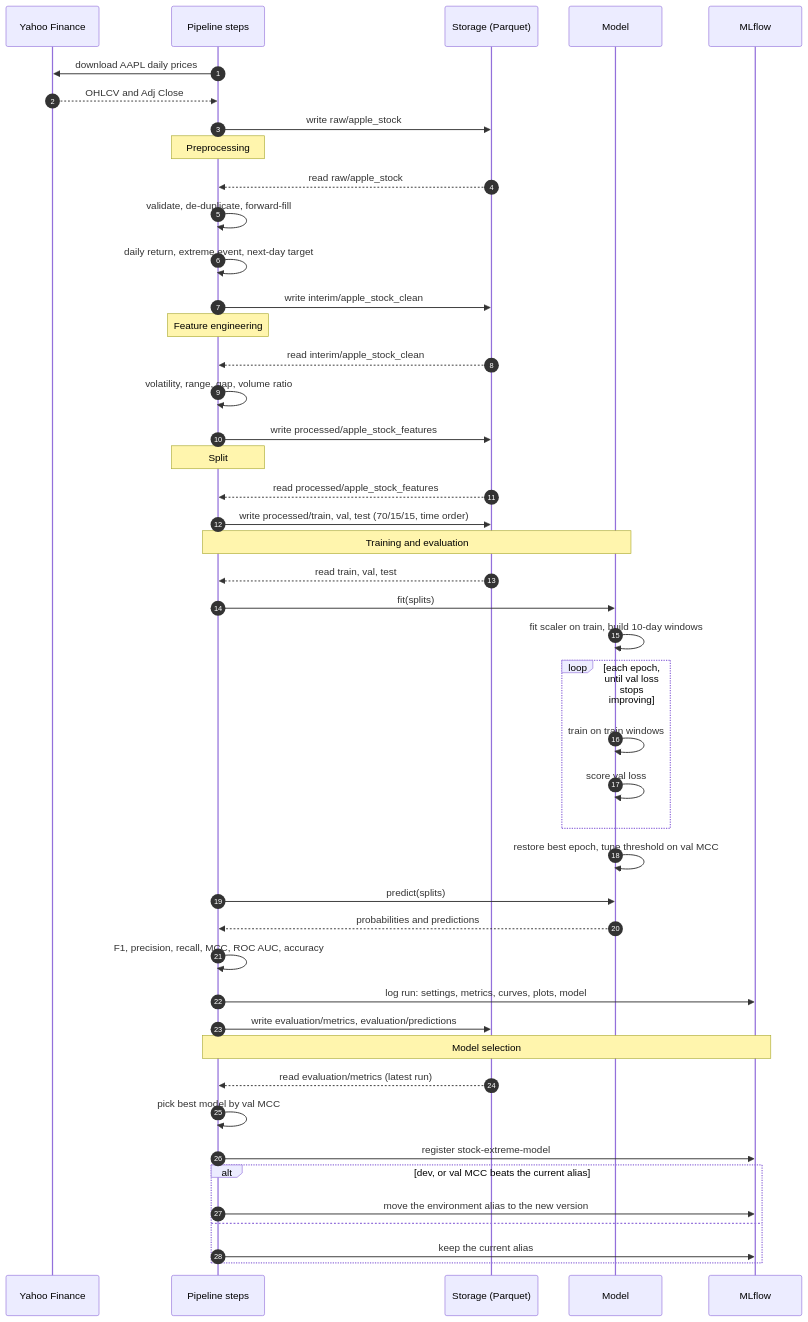
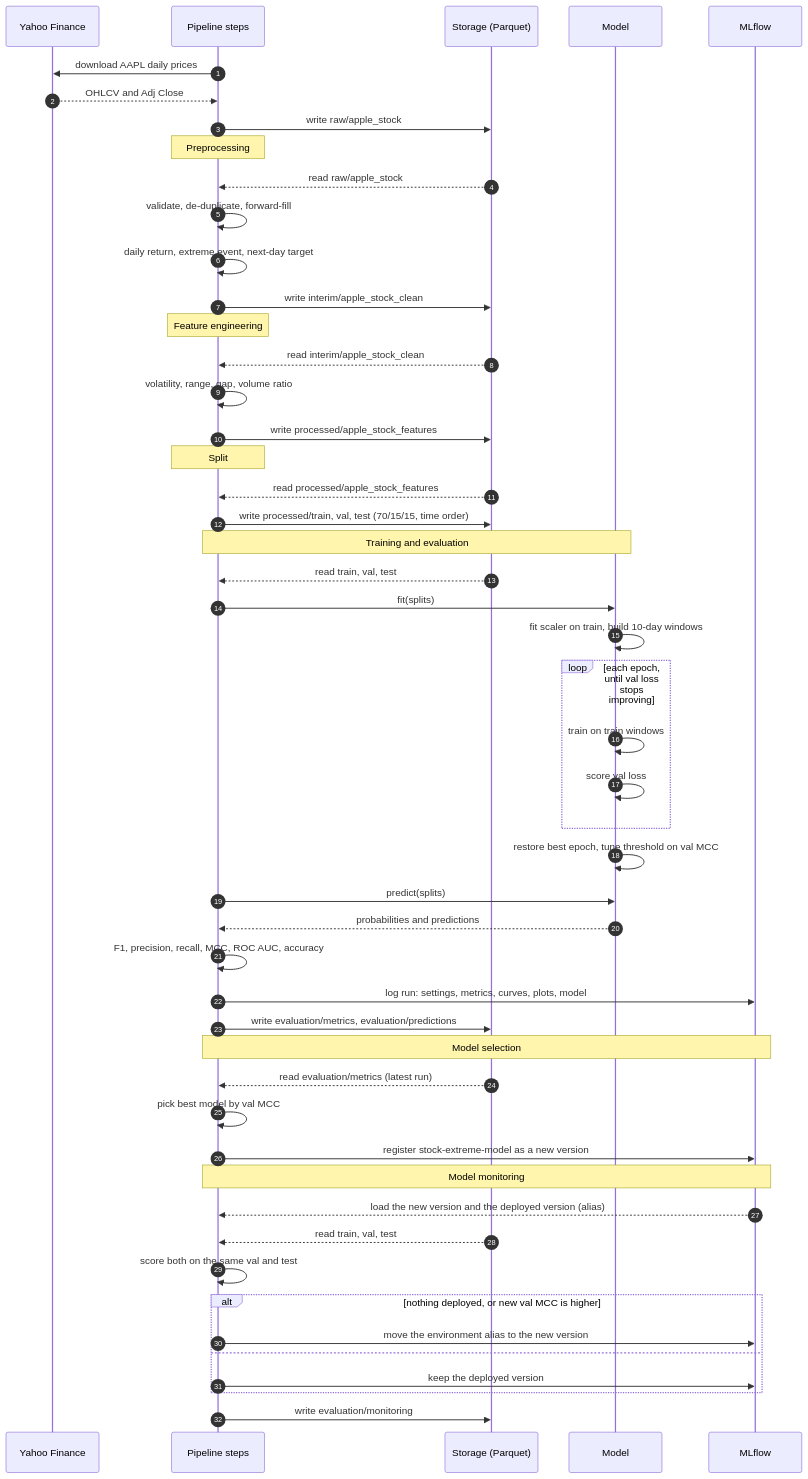
Before and after one commit to andmanousakis/stock-extreme-events-prediction: the diagram in docs/modelling.md, drawn with Mermaid. The commit also changed other lines of this file and 17 other files, not shown here.

Commit message:
Add model monitoring: compare deployed and new model on the same data, promote only if better

````diff
--- a/docs/modelling.md
+++ b/docs/modelling.md
@@ -13,53 +13,59 @@
 ```mermaid
 sequenceDiagram
     autonumber
     participant Y as Yahoo Finance
     participant P as Pipeline steps
     participant S as Storage (Parquet)
     participant M as Model
     participant F as MLflow
 
     P->>Y: download AAPL daily prices
     Y-->>P: OHLCV and Adj Close
     P->>S: write raw/apple_stock
 
     Note over P: Preprocessing
     S-->>P: read raw/apple_stock
     P->>P: validate, de-duplicate, forward-fill
     P->>P: daily return, extreme event, next-day target
     P->>S: write interim/apple_stock_clean
 
     Note over P: Feature engineering
     S-->>P: read interim/apple_stock_clean
     P->>P: volatility, range, gap, volume ratio
     P->>S: write processed/apple_stock_features
 
     Note over P: Split
     S-->>P: read processed/apple_stock_features
     P->>S: write processed/train, val, test (70/15/15, time order)
 
     Note over P,M: Training and evaluation
     S-->>P: read train, val, test
     P->>M: fit(splits)
     M->>M: fit scaler on train, build 10-day windows
     loop each epoch, until val loss stops improving
         M->>M: train on train windows
         M->>M: score val loss
     end
     M->>M: restore best epoch, tune threshold on val MCC
     P->>M: predict(splits)
     M-->>P: probabilities and predictions
     P->>P: F1, precision, recall, MCC, ROC AUC, accuracy
     P->>F: log run: settings, metrics, curves, plots, model
     P->>S: write evaluation/metrics, evaluation/predictions
 
     Note over P,F: Model selection
     S-->>P: read evaluation/metrics (latest run)
     P->>P: pick best model by val MCC
-    P->>F: register stock-extreme-model
-    alt dev, or val MCC beats the current alias
+    P->>F: register stock-extreme-model as a new version
+
+    Note over P,F: Model monitoring
+    F-->>P: load the new version and the deployed version (alias)
+    S-->>P: read train, val, test
+    P->>P: score both on the same val and test
+    alt nothing deployed, or new val MCC is higher
         P->>F: move the environment alias to the new version
     else
-        P->>F: keep the current alias
+        P->>F: keep the deployed version
     end
+    P->>S: write evaluation/monitoring
 ```
````
